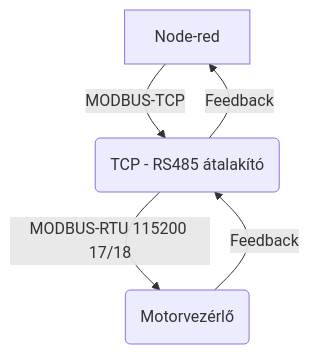
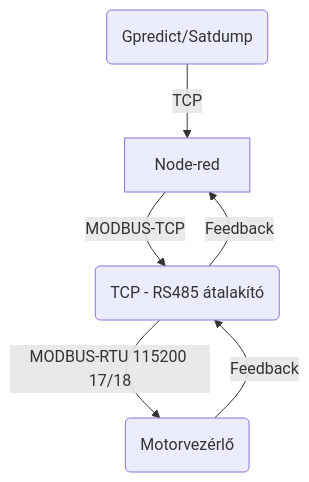
Before and after one commit to mareesz2/hepenix-remote: the first of 2 diagrams in README.md, drawn with Mermaid.

````diff
--- a/README.md
+++ b/README.md
@@ -15,6 +15,7 @@
 ```mermaid
 graph
+GPR(Gpredict/Satdump) --> |TCP| NR
 NR[Node-red] --> |MODBUS-TCP| CONV(TCP - RS485 átalakító)
 CONV --> |MODBUS-RTU 115200 17/18| MVEZ(Motorvezérlő)
 MVEZ --> |Feedback| CONV --> |Feedback| NR
 ```
````
